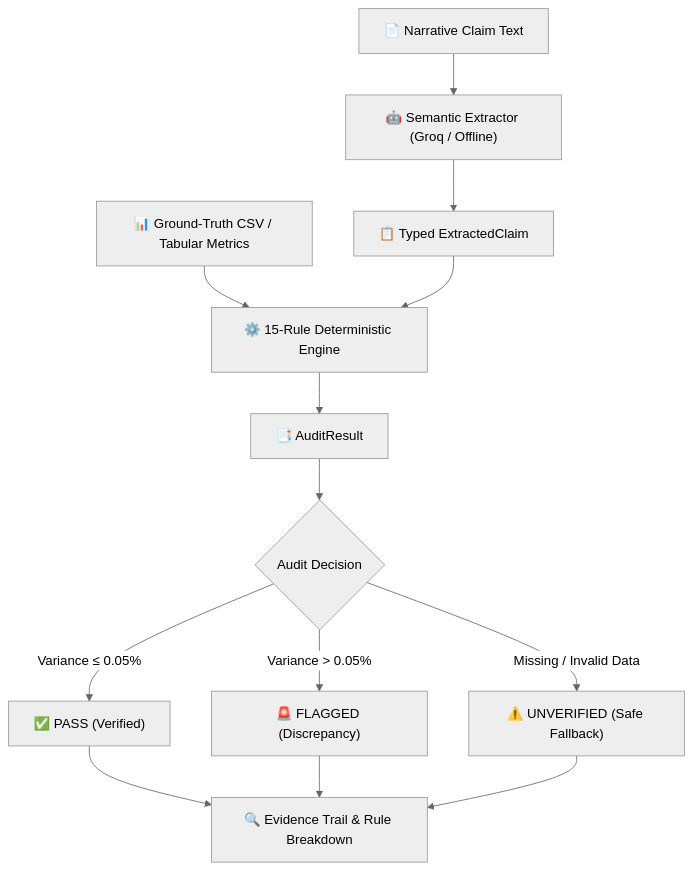
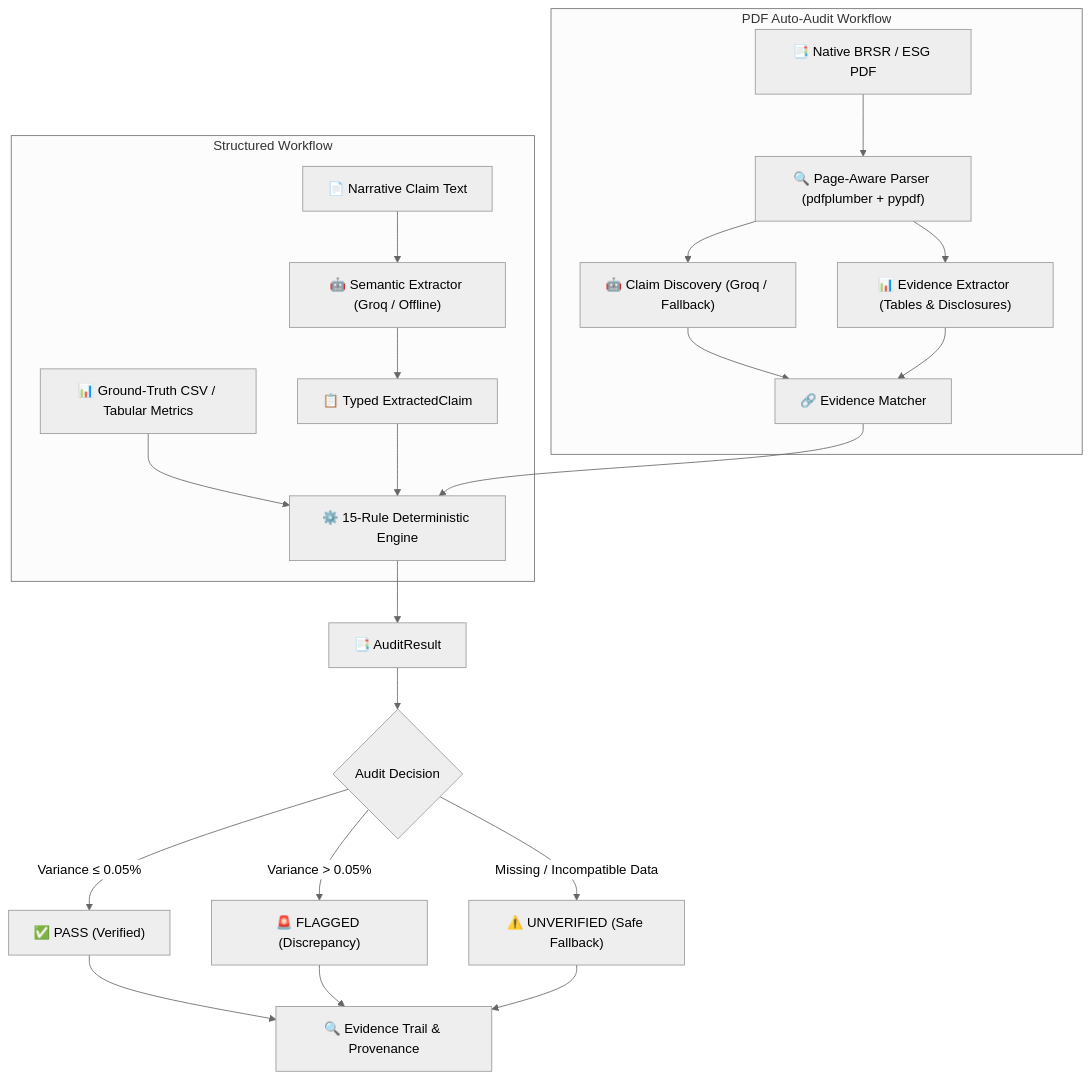
One commit to Adityaa10101/ClaimGuard changed the diagram in README.md. Above: the diagram before and after it, drawn with Mermaid (neutral theme). The commit also changed other lines of this file, not shown here.

````diff
--- a/README.md
+++ b/README.md
@@ -54,15 +58,25 @@
 ```mermaid
 flowchart TD
-    A["📄 Narrative Claim Text"] --> B["🤖 Semantic Extractor (Groq / Offline)"]
-    B --> C["📋 Typed ExtractedClaim"]
-    D["📊 Ground-Truth CSV / Tabular Metrics"] --> E["⚙️ 15-Rule Deterministic Engine"]
-    C --> E
+    subgraph Structured["Structured Workflow"]
+        A1["📄 Narrative Claim Text"] --> B1["🤖 Semantic Extractor (Groq / Offline)"]
+        B1 --> C1["📋 Typed ExtractedClaim"]
+        D1["📊 Ground-Truth CSV / Tabular Metrics"] --> E["⚙️ 15-Rule Deterministic Engine"]
+        C1 --> E
+    end
+    subgraph PDF["PDF Auto-Audit Workflow"]
+        A2["📑 Native BRSR / ESG PDF"] --> B2["🔍 Page-Aware Parser (pdfplumber + pypdf)"]
+        B2 --> C2["🤖 Claim Discovery (Groq / Fallback)"]
+        B2 --> D2["📊 Evidence Extractor (Tables & Disclosures)"]
+        C2 --> M["🔗 Evidence Matcher"]
+        D2 --> M
+        M --> E
+    end
     E --> F["📑 AuditResult"]
     F --> G{"Audit Decision"}
     G -->|"Variance ≤ 0.05%"| H["✅ PASS (Verified)"]
     G -->|"Variance > 0.05%"| I["🚨 FLAGGED (Discrepancy)"]
-    G -->|"Missing / Invalid Data"| J["⚠️ UNVERIFIED (Safe Fallback)"]
-    H --> K["🔍 Evidence Trail & Rule Breakdown"]
+    G -->|"Missing / Incompatible Data"| J["⚠️ UNVERIFIED (Safe Fallback)"]
+    H --> K["🔍 Evidence Trail & Provenance"]
     I --> K
     J --> K
 ```
````
